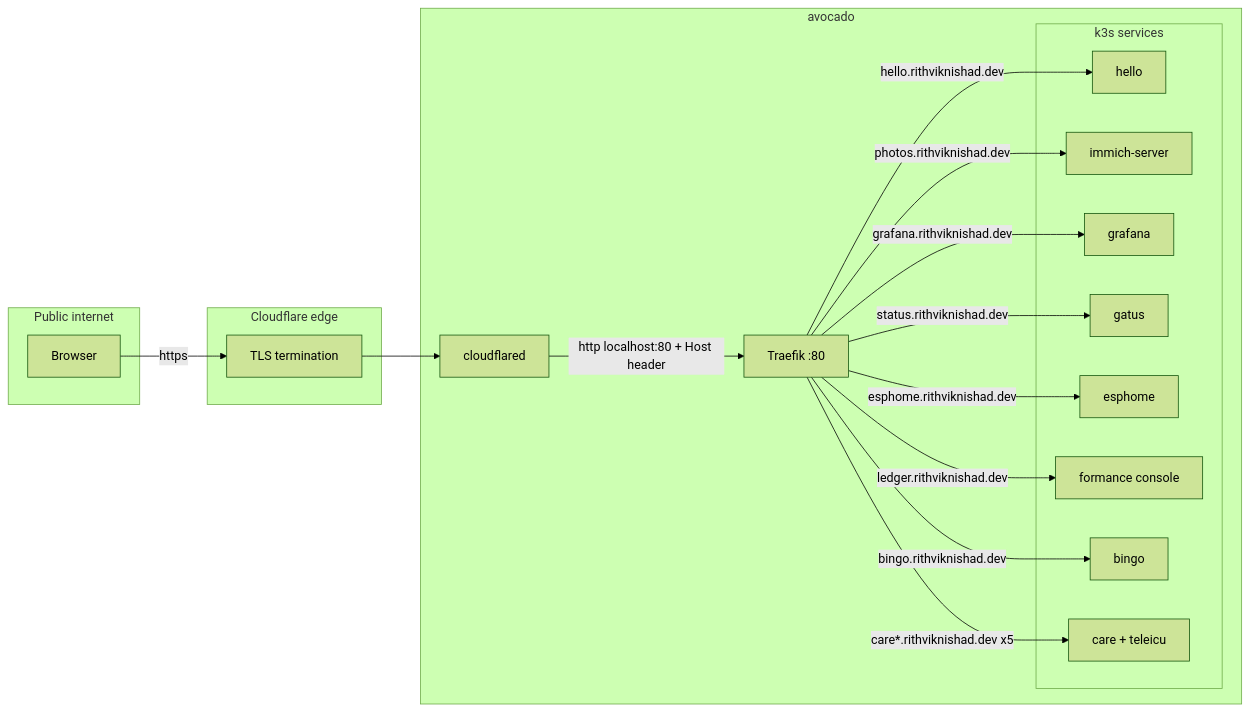
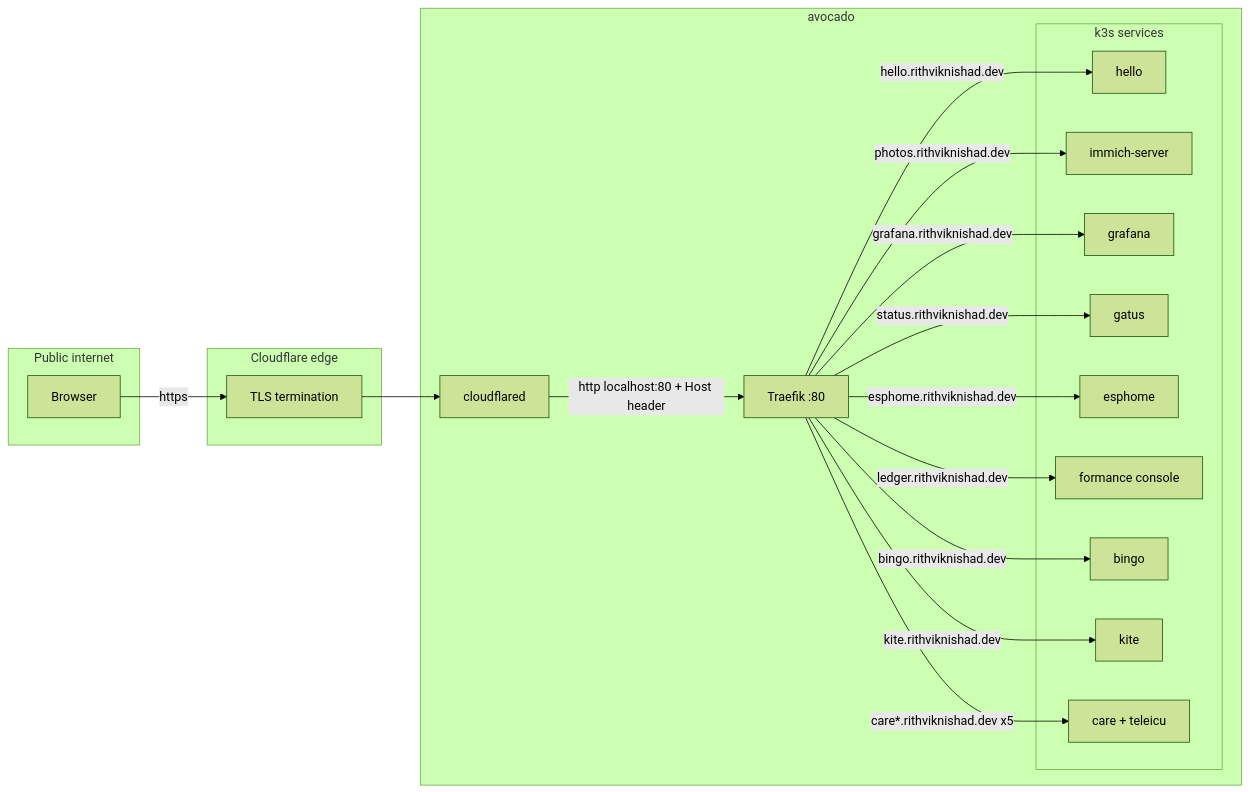
The diagram in docs/networking.md (rithviknishad/systems.nix), drawn with Mermaid (forest theme) before and after one commit. The commit also changed other lines of this file and 12 other files, not shown here.

````diff
--- a/docs/networking.md
+++ b/docs/networking.md
@@ -51,34 +51,36 @@
 ```mermaid
 flowchart LR
     subgraph internet[Public internet]
         user[Browser]
     end
     subgraph cf[Cloudflare edge]
         tls[TLS termination]
     end
     subgraph box[avocado]
         cd[cloudflared]
         traefik[Traefik :80]
         subgraph k8s[k3s services]
             hello[hello]
             immich[immich-server]
             grafana[grafana]
             gatus[gatus]
             esphome[esphome]
             ledger[formance console]
             bingo[bingo]
+            kite[kite]
             care[care + teleicu]
         end
     end
 
     user -->|https| tls --> cd
     cd -->|http localhost:80 + Host header| traefik
     traefik -->|hello.rithviknishad.dev| hello
     traefik -->|photos.rithviknishad.dev| immich
     traefik -->|grafana.rithviknishad.dev| grafana
     traefik -->|status.rithviknishad.dev| gatus
     traefik -->|esphome.rithviknishad.dev| esphome
     traefik -->|ledger.rithviknishad.dev| ledger
     traefik -->|bingo.rithviknishad.dev| bingo
+    traefik -->|kite.rithviknishad.dev| kite
     traefik -->|care*.rithviknishad.dev x5| care
 ```
````
